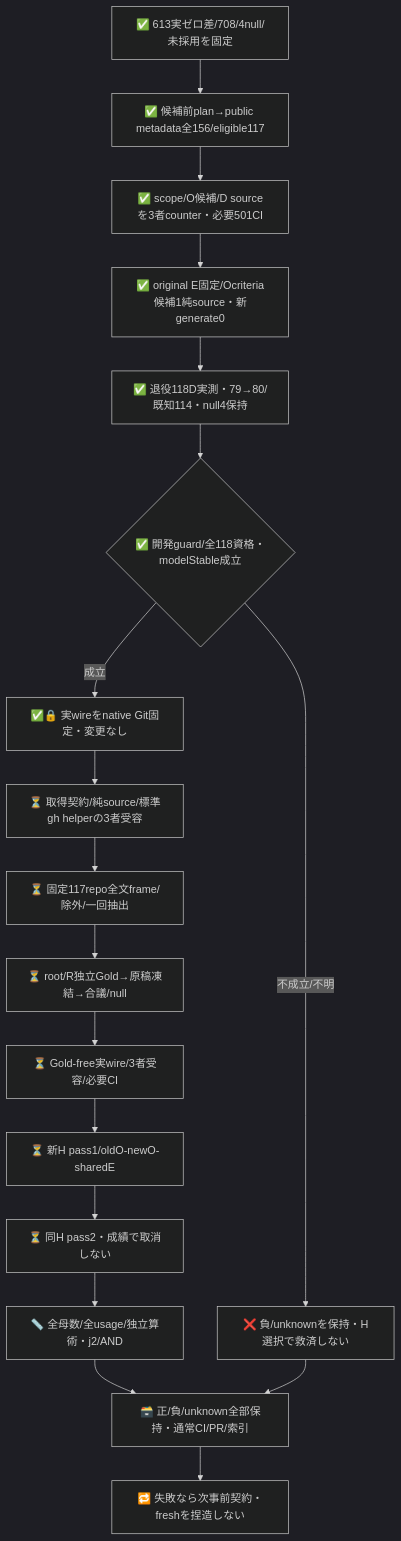
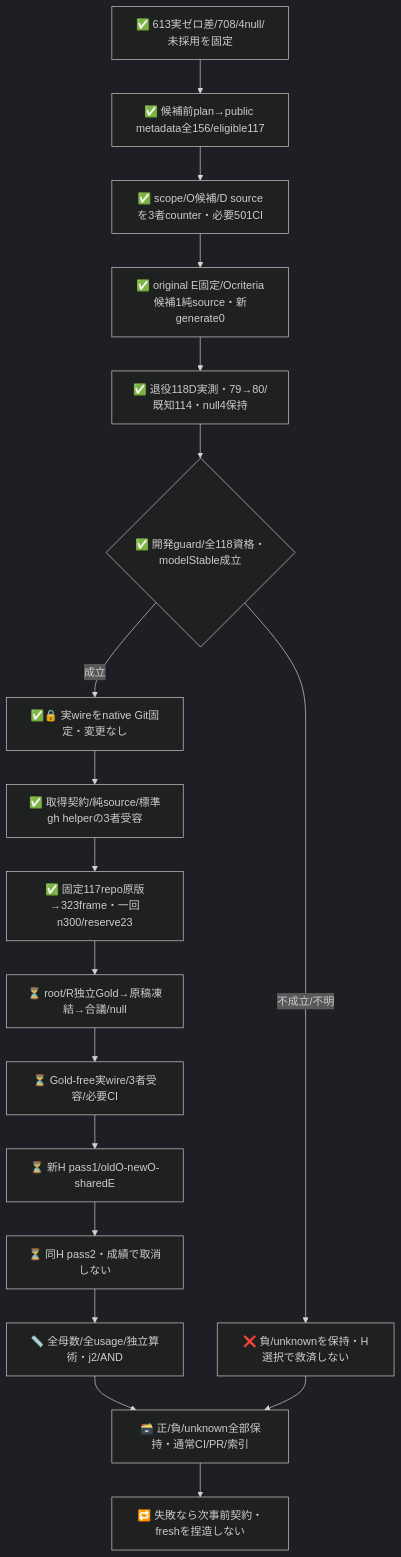
Before and after one commit to roccho-org/ops: the second of 2 diagrams in experiments/sys1-eval-loop/observation/README.md, drawn with Mermaid (dark theme). The commit also changed other lines of this file and 10 other files, not shown here.

````diff
--- a/experiments/sys1-eval-loop/observation/README.md
+++ b/experiments/sys1-eval-loop/observation/README.md
@@ -81,20 +87,20 @@
 ```mermaid
 flowchart TB
   OLD["✅ 613実ゼロ差/708/4null/未採用を固定"] --> META["✅ 候補前plan→public metadata全156/eligible117"]
   META --> REVIEW["✅ scope/O候補/D sourceを3者counter・必要501CI"]
   REVIEW --> C["✅ original E固定/Ocriteria候補1純source・新generate0"]
   C --> D["✅ 退役118D実測・79→80/既知114・null4保持"]
   D --> DG{"✅ 開発guard/全118資格・modelStable成立"}
   DG -->|不成立/不明| NEG["❌ 負/unknownを保持・H選択で救済しない"]
   DG -->|成立| FREEZE["✅🔒 実wireをnative Git固定・変更なし"]
-  FREEZE --> CAP["⏳ 取得契約/純source/標準gh helperの3者受容"]
-  CAP --> FRAME["⏳ 固定117repo全文frame/除外/一回抽出"]
+  FREEZE --> CAP["✅ 取得契約/純source/標準gh helperの3者受容"]
+  CAP --> FRAME["✅ 固定117repo原版→323frame・一回n300/reserve23"]
   FRAME --> GOLD["⏳ root/R独立Gold→原稿凍結→合議/null"]
   GOLD --> SOURCE["⏳ Gold-free実wire/3者受容/必要CI"]
   SOURCE --> P1["⏳ 新H pass1/oldO-newO-sharedE"]
   P1 --> P2["⏳ 同H pass2・成績で取消しない"]
   P2 --> SCORE["📏 全母数/全usage/独立算術・j2/AND"]
   SCORE --> END["🗃️ 正/負/unknown全部保持・通常CI/PR/索引"]
   NEG --> END
   END --> NEXT["🔁 失敗なら次事前契約・freshを捏造しない"]
 ```
````
